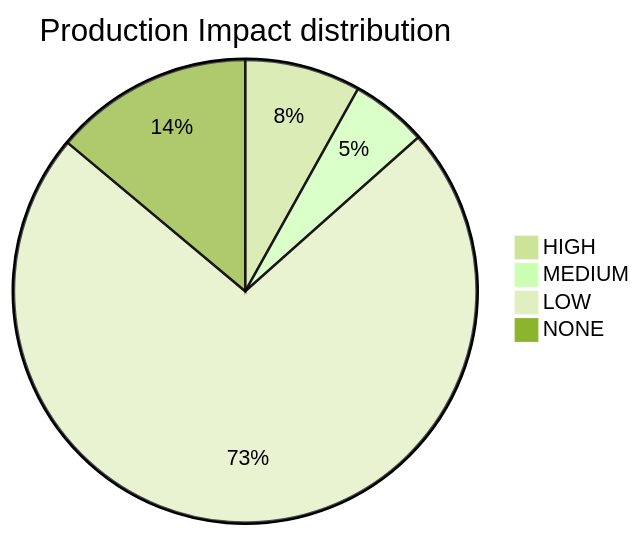
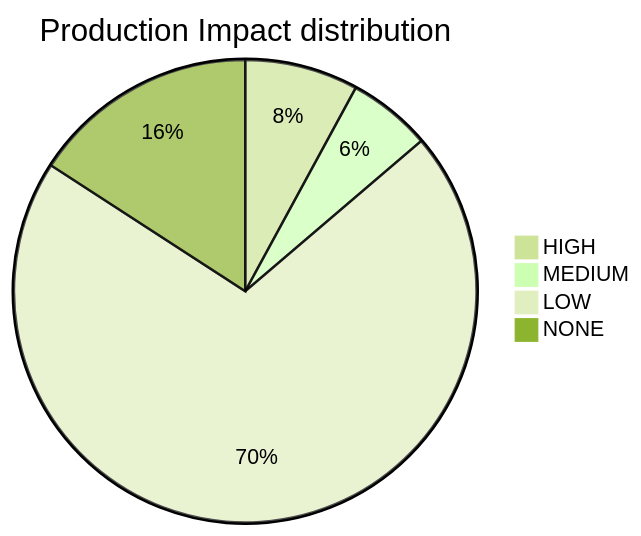
One commit to mikeybeezy/goldenpath-idp-infra changed the diagram in PLATFORM_HEALTH.md. Above: the diagram before and after it, drawn with Mermaid (forest theme). The commit also changed other lines of this file and 2 other files, not shown here.

````diff
--- a/PLATFORM_HEALTH.md
+++ b/PLATFORM_HEALTH.md
@@ -69,7 +67,7 @@
 ```mermaid
 pie title Production Impact distribution
-    "HIGH" : 50
-    "MEDIUM" : 33
-    "LOW" : 449
-    "NONE" : 86
+    "HIGH" : 53
+    "MEDIUM" : 39
+    "LOW" : 471
+    "NONE" : 106
 ```
````
